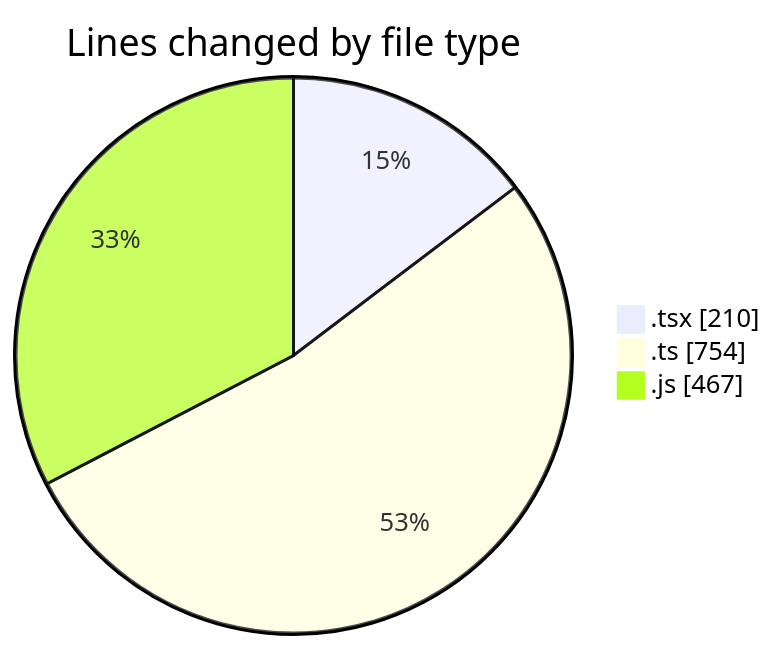
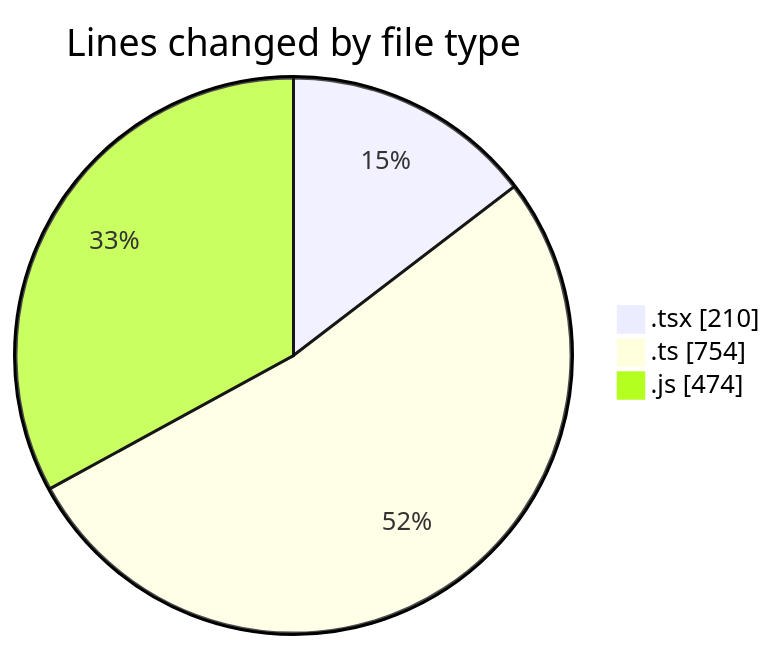
Before and after one commit to momahboobian/code-tracking: the first of 2 diagrams in 2026-06-01/cda/README.md, drawn with Mermaid. The commit also changed other lines of this file and 1 other file, not shown here.

````diff
--- a/2026-06-01/cda/README.md
+++ b/2026-06-01/cda/README.md
@@ -34,7 +34,7 @@
 ```mermaid
 pie showData
 title Lines changed by file type
 ".tsx" : 210
 ".ts" : 754
-".js" : 467
+".js" : 474
 ```
````
